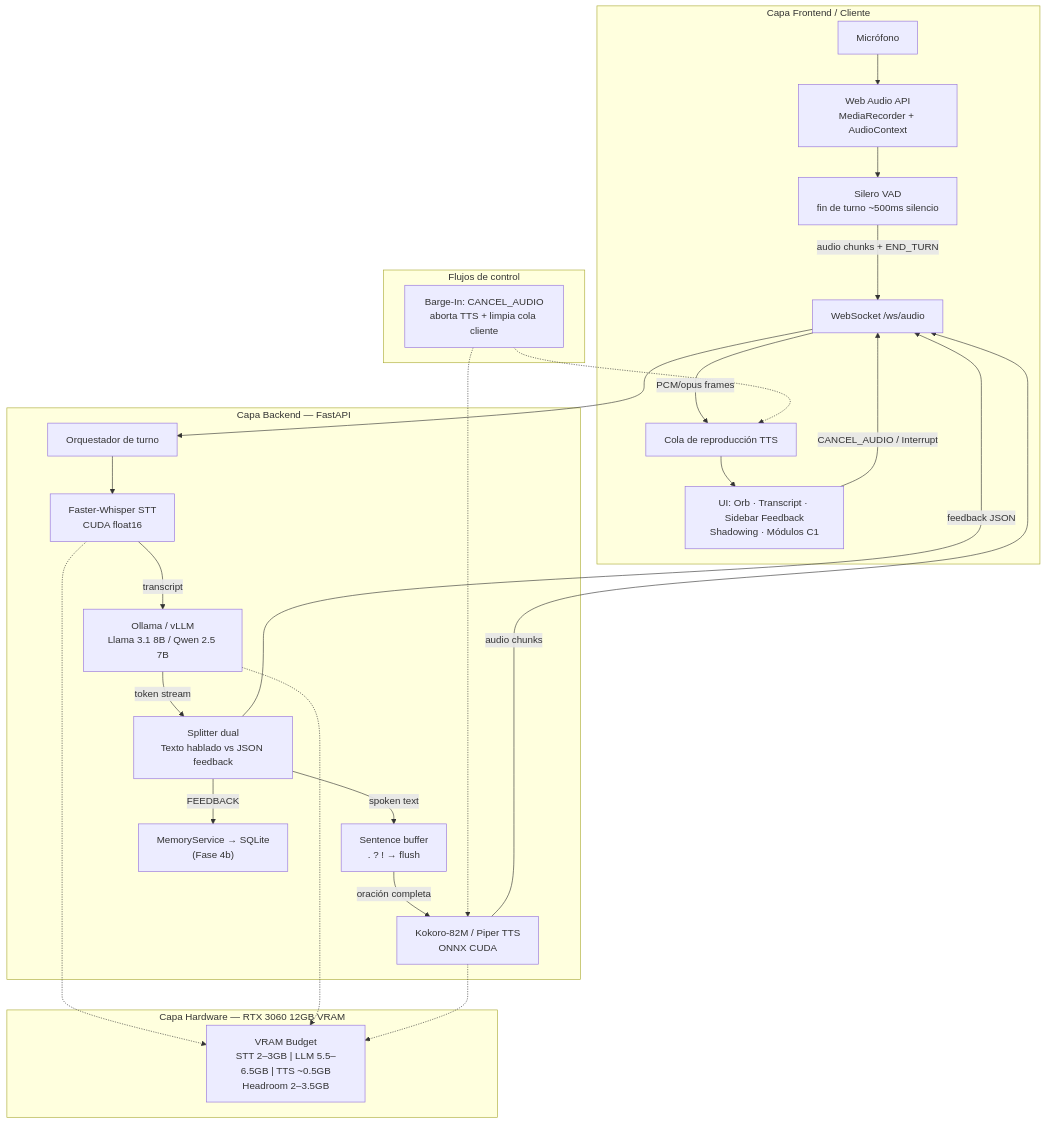
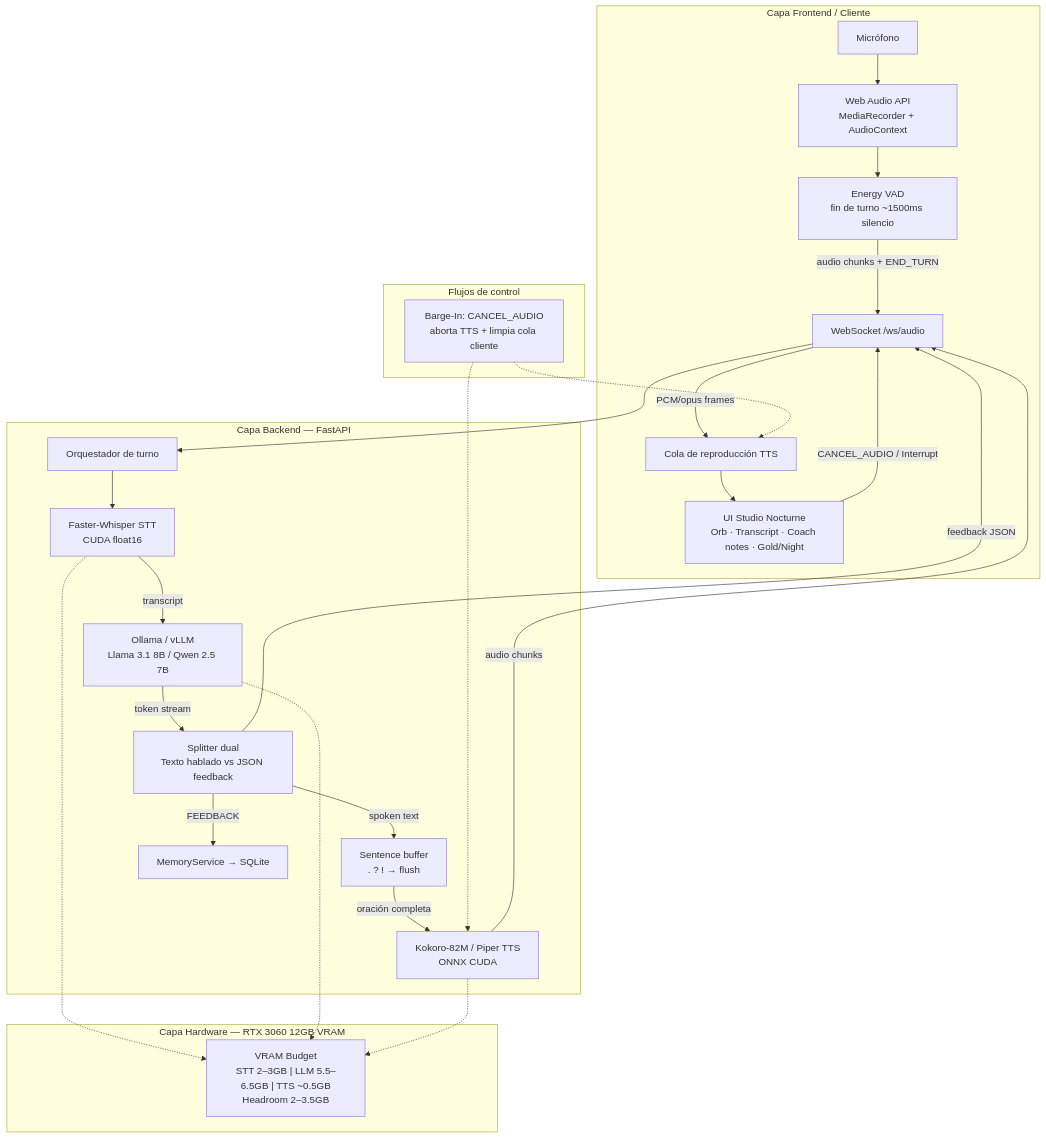
One commit to AngelloVillanueva/EloquenceApp changed the first of 3 diagrams in docs/architecture.md. Above: the diagram before and after it, drawn with Mermaid. The commit also changed other lines of this file and 44 other files, not shown here.

````diff
--- a/docs/architecture.md
+++ b/docs/architecture.md
@@ -243,48 +243,48 @@
 ```mermaid
 flowchart TD
   subgraph HW["Capa Hardware — RTX 3060 12GB VRAM"]
     VRAM["VRAM Budget\nSTT 2–3GB | LLM 5.5–6.5GB | TTS ~0.5GB\nHeadroom 2–3.5GB"]
   end
 
   subgraph FE["Capa Frontend / Cliente"]
     MIC["Micrófono"]
     WA["Web Audio API\nMediaRecorder + AudioContext"]
-    VAD["Silero VAD\nfin de turno ~500ms silencio"]
-    UI["UI: Orb · Transcript · Sidebar Feedback\nShadowing · Módulos C1"]
+    VAD["Energy VAD\nfin de turno ~1500ms silencio"]
+    UI["UI Studio Nocturne\nOrb · Transcript · Coach notes · Gold/Night"]
     PLAYER["Cola de reproducción TTS"]
     MIC --> WA --> VAD
     VAD -->|"audio chunks + END_TURN"| WS
     UI -->|"CANCEL_AUDIO / Interrupt"| WS
     PLAYER --> UI
   end
 
   subgraph BE["Capa Backend — FastAPI"]
     WS["WebSocket /ws/audio"]
     ORCH["Orquestador de turno"]
     STT["Faster-Whisper STT\nCUDA float16"]
     LLM["Ollama / vLLM\nLlama 3.1 8B / Qwen 2.5 7B"]
     SPLIT["Splitter dual\nTexto hablado vs JSON feedback"]
     SENT["Sentence buffer\n. ? ! → flush"]
     TTS["Kokoro-82M / Piper TTS\nONNX CUDA"]
     WS --> ORCH
     ORCH --> STT
     STT -->|"transcript"| LLM
     LLM -->|"token stream"| SPLIT
     SPLIT -->|"spoken text"| SENT
     SPLIT -->|"feedback JSON"| WS
     SENT -->|"oración completa"| TTS
     TTS -->|"audio chunks"| WS
     WS -->|"PCM/opus frames"| PLAYER
-    SPLIT -->|"FEEDBACK"| MEM["MemoryService → SQLite\n(Fase 4b)"]
+    SPLIT -->|"FEEDBACK"| MEM["MemoryService → SQLite"]
   end
 
   subgraph CTRL["Flujos de control"]
     BI["Barge-In: CANCEL_AUDIO\naborta TTS + limpia cola cliente"]
     BI -.-> TTS
     BI -.-> PLAYER
   end
 
   STT -.-> VRAM
   LLM -.-> VRAM
   TTS -.-> VRAM
 ```
````
